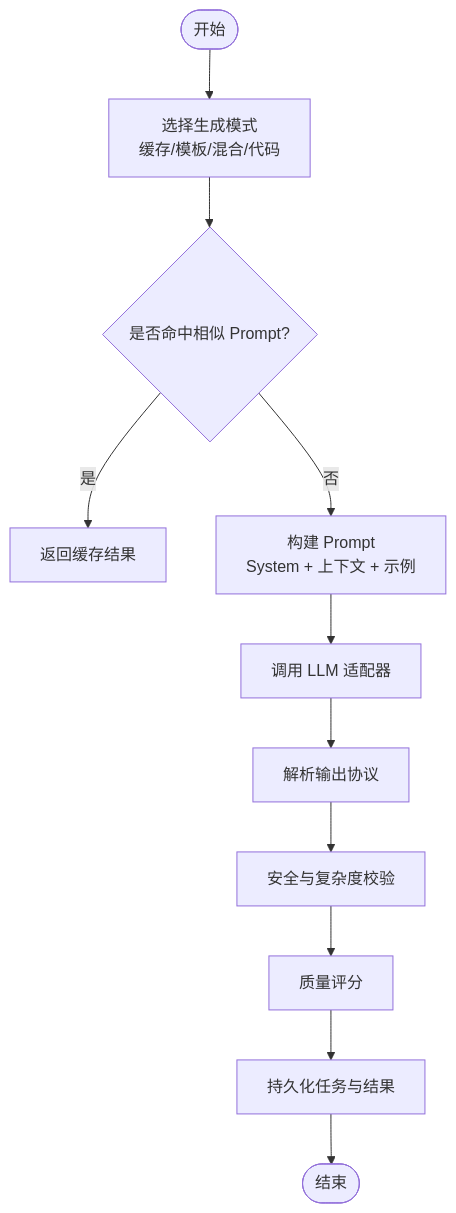
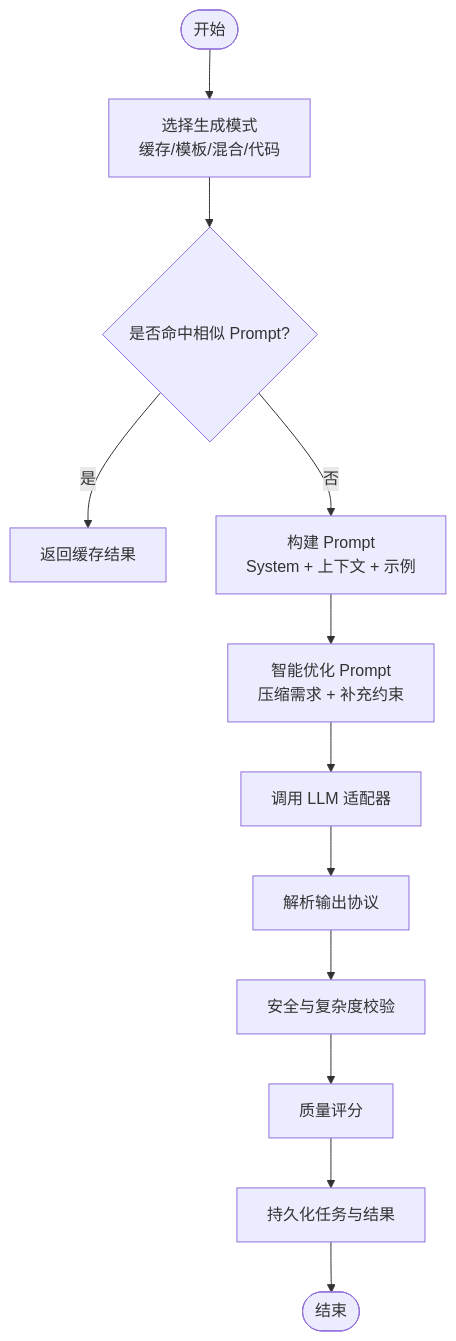
One commit to MrXujiang/ApexForge changed the third of 11 diagrams in .qoder/repowiki/zh/content/核心功能模块/AI 生成引擎/AI 生成引擎.md. Above: the diagram before and after it, drawn with Mermaid. The commit also changed other lines of this file and 84 other files, not shown here.

````diff
--- a/.qoder/repowiki/zh/content/核心功能模块/AI 生成引擎/AI 生成引擎.md
+++ b/.qoder/repowiki/zh/content/核心功能模块/AI 生成引擎/AI 生成引擎.md
@@ -107,13 +136,14 @@
 ```mermaid
 flowchart TD
 Start(["开始"]) --> ModeSelect["选择生成模式<br/>缓存/模板/混合/代码"]
 ModeSelect --> CacheCheck{"是否命中相似 Prompt?"}
 CacheCheck --> |是| ReturnCached["返回缓存结果"]
 CacheCheck --> |否| BuildPrompt["构建 Prompt<br/>System + 上下文 + 示例"]
-BuildPrompt --> CallLLM["调用 LLM 适配器"]
+BuildPrompt --> OptimizePrompt["智能优化 Prompt<br/>压缩需求 + 补充约束"]
+OptimizePrompt --> CallLLM["调用 LLM 适配器"]
 CallLLM --> ParseOutput["解析输出协议"]
 ParseOutput --> Validate["安全与复杂度校验"]
 Validate --> Score["质量评分"]
 Score --> Persist["持久化任务与结果"]
 Persist --> End(["结束"])
 ```
````
